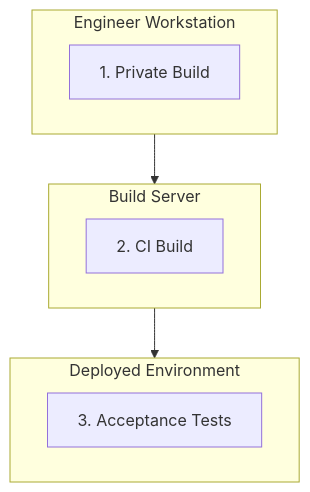
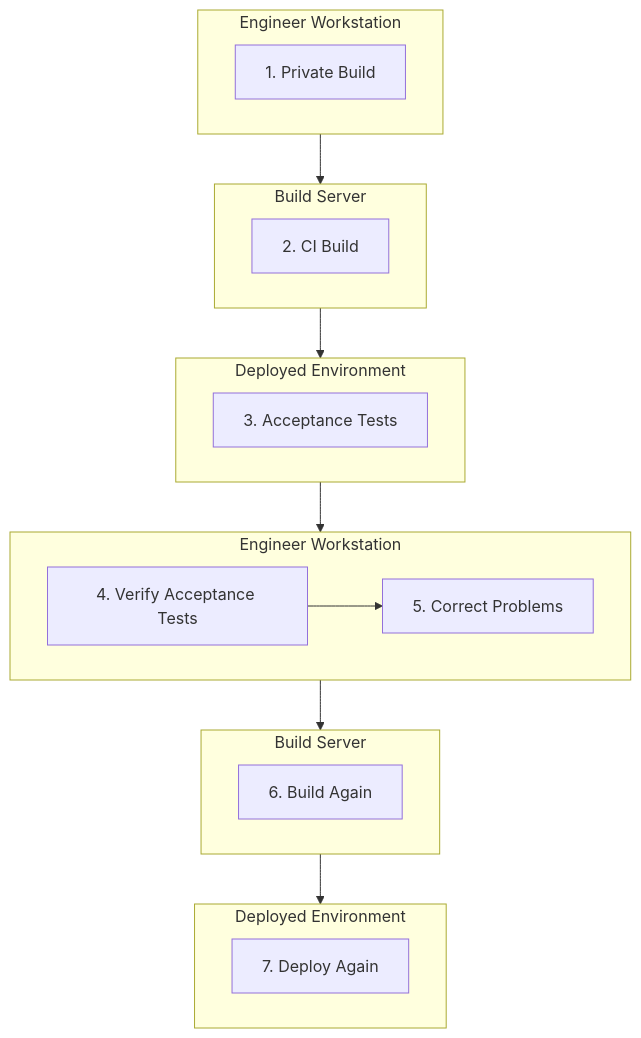
Before and after one commit to ClearMeasureLabs/bootcamp-palermo-workorders: the diagram in arch/activity-deployment-pipeline.md, drawn with Mermaid. The commit also changed 1 other file, not shown here.

Commit message:
Add verify/correct/rebuild/redeploy steps to pipeline diagram
Extends the activity diagram with steps 4-7: Verify Acceptance Tests
and Correct Problems (engineer workstation), Build Again (build server),
Deploy Again (deployed environment).

https://claude.ai/code/session_014Fzh5drMKp4aNkPkFVcSgv

````diff
--- a/arch/activity-deployment-pipeline.md
+++ b/arch/activity-deployment-pipeline.md
@@ -5,16 +5,29 @@
 ```mermaid
 flowchart TB
-    subgraph eng["Engineer Workstation"]
+    subgraph eng1["Engineer Workstation"]
         direction LR
         A["1. Private Build"]
     end
-    subgraph build["Build Server"]
+    subgraph build1["Build Server"]
         direction LR
         B["2. CI Build"]
     end
-    subgraph deploy["Deployed Environment"]
+    subgraph deploy1["Deployed Environment"]
         direction LR
         C["3. Acceptance Tests"]
     end
-    A --> B --> C
+    subgraph eng2["Engineer Workstation"]
+        direction LR
+        D["4. Verify Acceptance Tests"]
+        E["5. Correct Problems"]
+    end
+    subgraph build2["Build Server"]
+        direction LR
+        F["6. Build Again"]
+    end
+    subgraph deploy2["Deployed Environment"]
+        direction LR
+        G["7. Deploy Again"]
+    end
+    A --> B --> C --> D --> E --> F --> G
 ```
````
